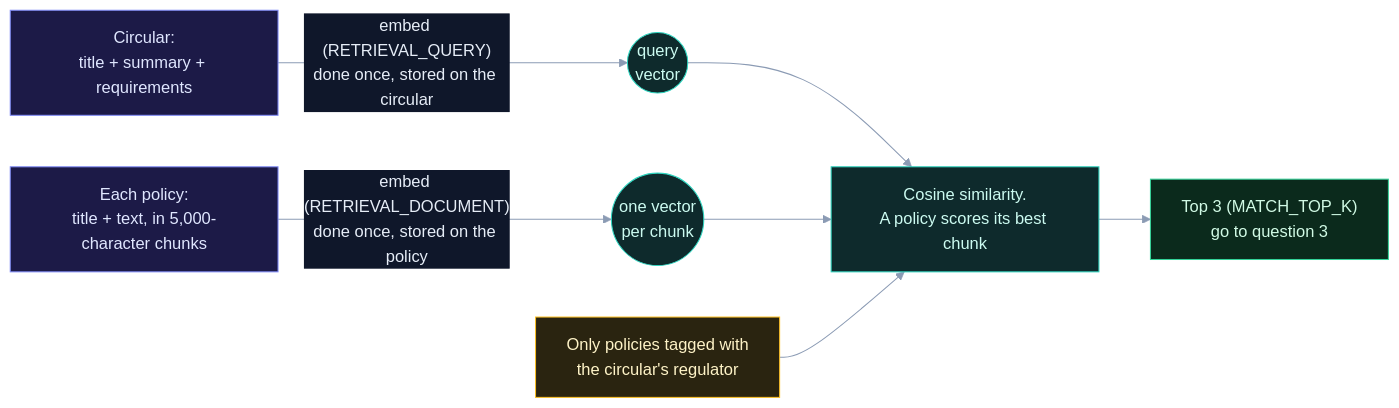
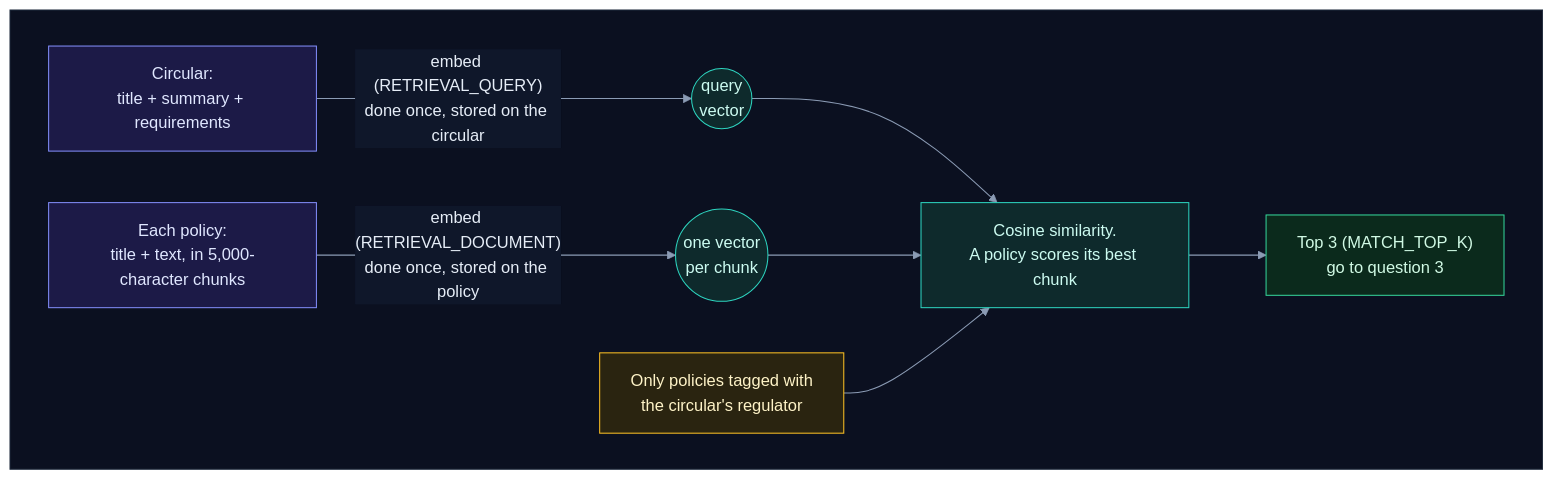
Before and after one commit to selvakumarperumal/Regulatory_Circular_Impact_Agent: the eighth of 21 diagrams in how_it_works.md, drawn with Mermaid. The commit also changed other lines of this file and 1 other file, not shown here.

````diff
--- a/how_it_works.md
+++ b/how_it_works.md
@@ -461,24 +490,28 @@
 ```mermaid
-%%{init: {"theme": "base", "themeVariables": {"darkMode": true, "primaryColor": "#16213a", "primaryTextColor": "#e6edf7", "primaryBorderColor": "#475a7a", "lineColor": "#8b9bb4", "secondaryColor": "#1b2436", "tertiaryColor": "#101a2e", "edgeLabelBackground": "#0f172a", "textColor": "#e2e8f0", "clusterBkg": "#0f1728", "clusterBorder": "#2b3a55", "titleColor": "#c4b5fd", "nodeTextColor": "#e6edf7"}}}%%
+%%{init: {"theme": "base", "flowchart": {"diagramPadding": 0}, "themeVariables": {"darkMode": true, "primaryColor": "#16213a", "primaryTextColor": "#e6edf7", "primaryBorderColor": "#475a7a", "lineColor": "#8b9bb4", "secondaryColor": "#1b2436", "tertiaryColor": "#101a2e", "edgeLabelBackground": "#0f172a", "textColor": "#e2e8f0", "clusterBkg": "#0f1728", "clusterBorder": "#2b3a55", "titleColor": "#c4b5fd", "nodeTextColor": "#e6edf7"}}}%%
 flowchart LR
-    c["Circular:<br/>title + summary + requirements"] -->|"embed (RETRIEVAL_QUERY)<br/>done once, stored on the circular"| qv(("query<br/>vector"))
-    p["Each policy:<br/>title + text, in 5,000-character chunks"] -->|"embed (RETRIEVAL_DOCUMENT)<br/>done once, stored on the policy"| pv(("one vector<br/>per chunk"))
-    qv --> cos["Cosine similarity.<br/>A policy scores its best chunk"]
-    pv --> cos
-    filter["Only policies tagged with<br/>the circular's regulator"] --> cos
-    cos --> top["Top 3 (MATCH_TOP_K)<br/>go to question 3"]
+    subgraph canvas[" "]
+        direction LR
+        c["Circular:<br/>title + summary + requirements"] -->|"embed (RETRIEVAL_QUERY)<br/>done once, stored on the circular"| qv(("query<br/>vector"))
+        p["Each policy:<br/>title + text, in 5,000-character chunks"] -->|"embed (RETRIEVAL_DOCUMENT)<br/>done once, stored on the policy"| pv(("one vector<br/>per chunk"))
+        qv --> cos["Cosine similarity.<br/>A policy scores its best chunk"]
+        pv --> cos
+        filter["Only policies tagged with<br/>the circular's regulator"] --> cos
+        cos --> top["Top 3 (MATCH_TOP_K)<br/>go to question 3"]
+    end
 
     classDef svc fill:#0e2a2c,stroke:#2dd4bf,color:#ccfbf1
     classDef data fill:#1c1a47,stroke:#818cf8,color:#e0e7ff
     classDef ext fill:#2a1640,stroke:#c084fc,color:#f3e8ff
     classDef gpu fill:#2d1b0c,stroke:#fb923c,color:#ffedd5
     classDef ask fill:#2a2410,stroke:#fbbf24,color:#fef3c7
     classDef ok fill:#0b2a1c,stroke:#34d399,color:#d1fae5
     classDef bad fill:#2e0f17,stroke:#fb7185,color:#ffe4e6
     classDef start fill:#1c2a0e,stroke:#a7ef6f,color:#ecfccb
     classDef muted fill:#1a2130,stroke:#64748b,color:#cbd5e1
     class c,p data
     class qv,pv,cos svc
     class filter ask
     class top ok
+    style canvas fill:#0b1020,stroke:#1e293b,color:#0b1020
 ```
````
